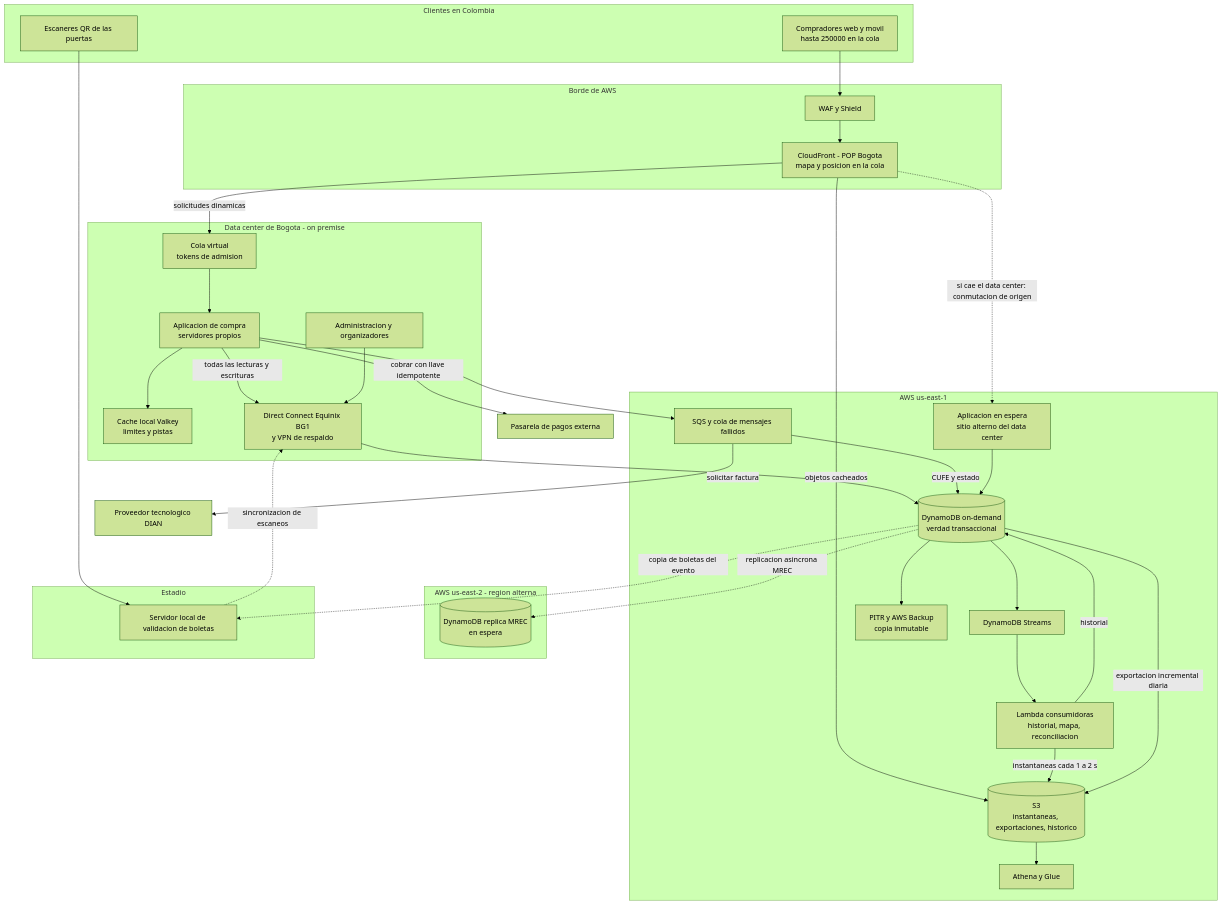
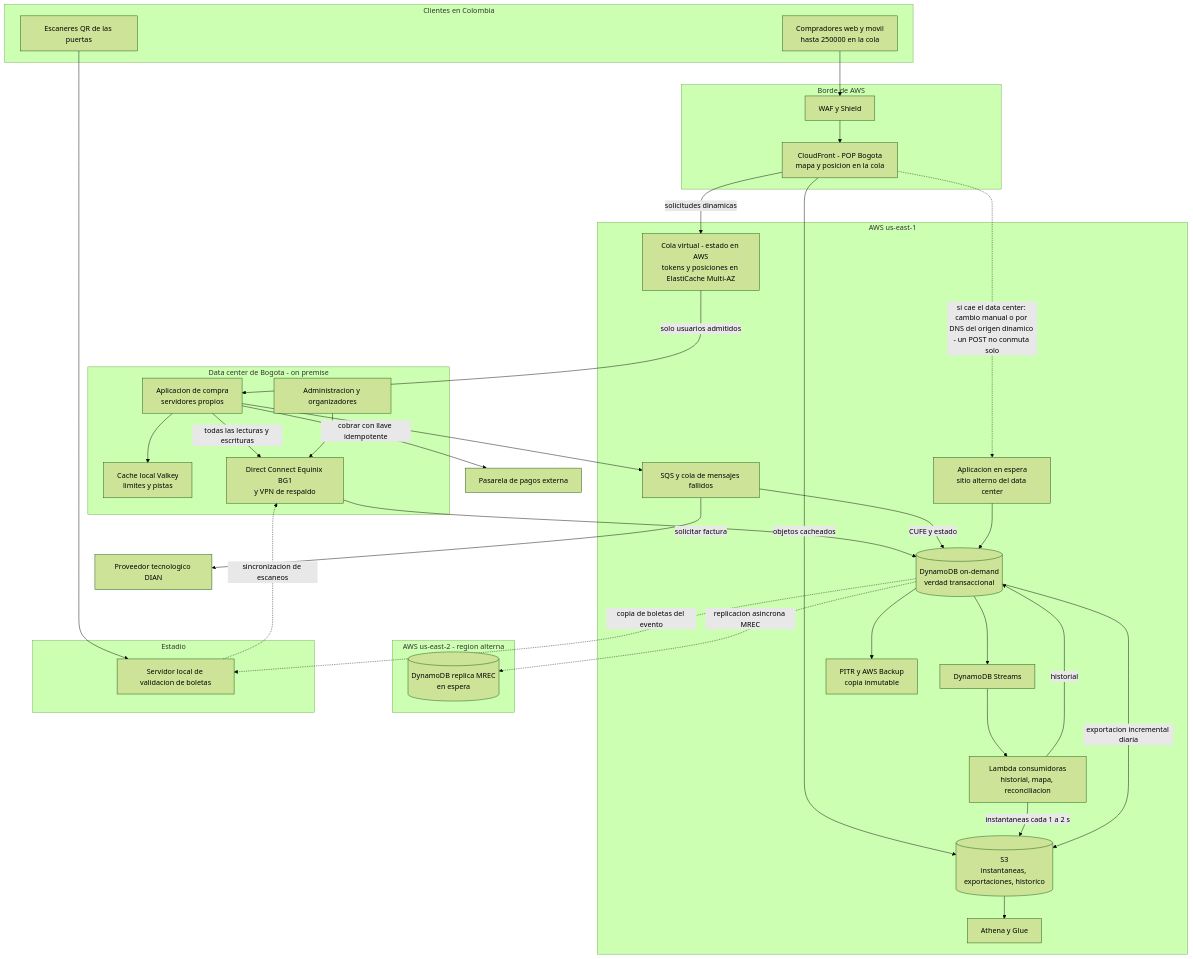
Before and after one commit to Casti197/bdproyecto: the second of 3 diagrams in jacobo/arquitectura.md, drawn with Mermaid (forest theme). The commit also changed other lines of this file and 7 other files, not shown here.

````diff
--- a/jacobo/arquitectura.md
+++ b/jacobo/arquitectura.md
@@ -187,59 +187,59 @@
 ```mermaid
 flowchart TB
   subgraph CL["Clientes en Colombia"]
     USR["Compradores web y movil<br/>hasta 250000 en la cola"]
     ESC["Escaneres QR de las puertas"]
   end
   subgraph EDG["Borde de AWS"]
     WAF["WAF y Shield"]
     CDN["CloudFront - POP Bogota<br/>mapa y posicion en la cola"]
   end
   subgraph BOG["Data center de Bogota - on premise"]
     APPB["Aplicacion de compra<br/>servidores propios"]
     CACHEB["Cache local Valkey<br/>limites y pistas"]
-    COLAB["Cola virtual<br/>tokens de admision"]
     BO["Administracion y organizadores"]
     GW["Direct Connect Equinix BG1<br/>y VPN de respaldo"]
   end
   subgraph R1["AWS us-east-1"]
+    COLAB["Cola virtual - estado en AWS<br/>tokens y posiciones en ElastiCache Multi-AZ"]
     DDB[("DynamoDB on-demand<br/>verdad transaccional")]
     STR["DynamoDB Streams"]
     LMB["Lambda consumidoras<br/>historial, mapa, reconciliacion"]
     SQS["SQS y cola de mensajes fallidos"]
     S3[("S3<br/>instantaneas, exportaciones, historico")]
     ATH["Athena y Glue"]
     BKP["PITR y AWS Backup<br/>copia inmutable"]
     APPS["Aplicacion en espera<br/>sitio alterno del data center"]
   end
   subgraph R2["AWS us-east-2 - region alterna"]
     DDB2[("DynamoDB replica MREC<br/>en espera")]
   end
   subgraph EST["Estadio"]
     SRV["Servidor local de validacion de boletas"]
   end
   PAS["Pasarela de pagos externa"]
   DIAN["Proveedor tecnologico DIAN"]
 
   USR --> WAF --> CDN
   CDN -->|"objetos cacheados"| S3
-  CDN -->|"solicitudes dinamicas"| COLAB --> APPB
+  CDN -->|"solicitudes dinamicas"| COLAB -->|"solo usuarios admitidos"| APPB
   APPB --> CACHEB
   APPB -->|"todas las lecturas y escrituras"| GW --> DDB
   DDB --> STR --> LMB
   LMB -->|"instantaneas cada 1 a 2 s"| S3
   LMB -->|"historial"| DDB
   APPB -->|"cobrar con llave idempotente"| PAS
   APPB --> SQS
   SQS -->|"solicitar factura"| DIAN
   SQS -->|"CUFE y estado"| DDB
   DDB -->|"exportacion incremental diaria"| S3
   S3 --> ATH
   DDB --> BKP
   DDB -.->|"replicacion asincrona MREC"| DDB2
   BO --> GW
   ESC --> SRV
   SRV -.->|"sincronizacion de escaneos"| GW
   DDB -.->|"copia de boletas del evento"| SRV
-  CDN -.->|"si cae el data center: conmutacion de origen"| APPS
+  CDN -.->|"si cae el data center: cambio manual o por DNS del origen dinamico - un POST no conmuta solo"| APPS
   APPS --> DDB
 ```
````
